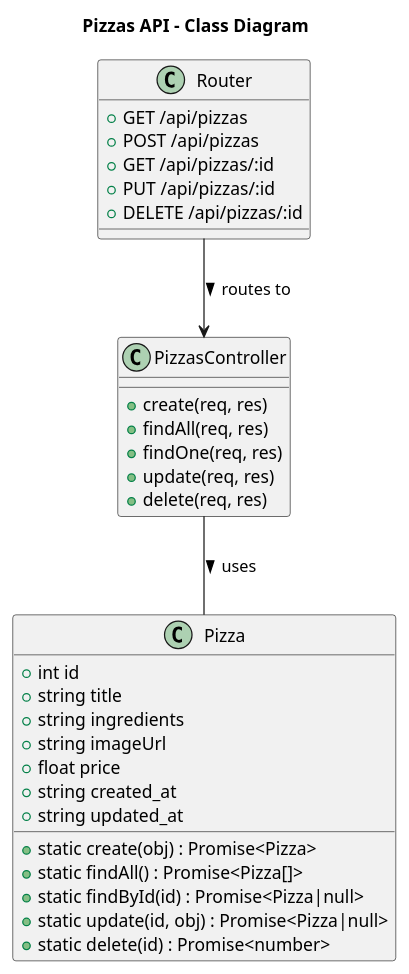
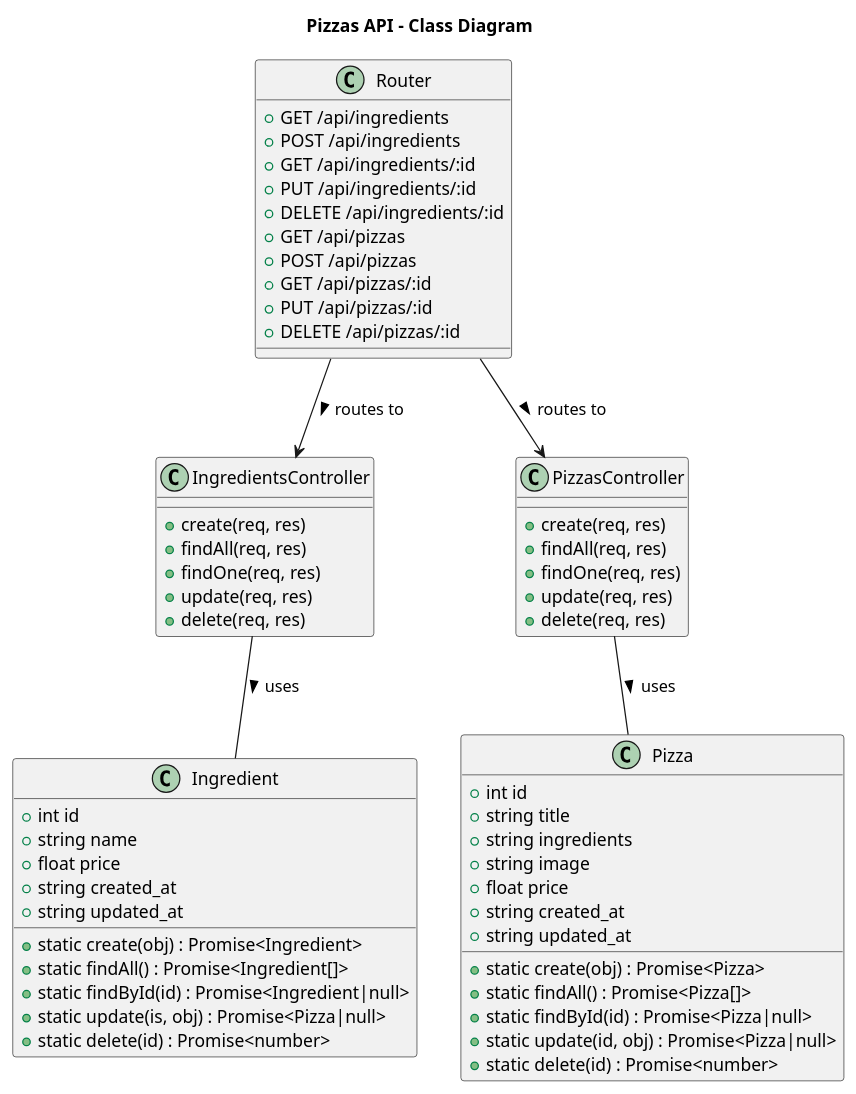
One commit to ThierryPerroud/I321-Perroud-Thierry changed the diagram in docs/class_diagram.puml. Above: the diagram before and after it, drawn with PlantUML. The commit also changed 7 other files, not shown here.

Commit message:
Feat: Fully created the Ingredients resource and adapted README.md

```diff
--- a/docs/class_diagram.puml
+++ b/docs/class_diagram.puml
@@ -1,38 +1,67 @@
 @startuml
 title Pizzas API - Class Diagram
+
+class Ingredient {
+  +int id
+  +string name
+  +float price
+  +string created_at
+  +string updated_at
+  +static create(obj) : Promise<Ingredient>
+  +static findAll() : Promise<Ingredient[]>
+  +static findById(id) : Promise<Ingredient|null>
+  +static update(is, obj) : Promise<Pizza|null>
+  +static delete(id) : Promise<number>
+}
 
 class Pizza {
   +int id
   +string title
   +string ingredients
-  +string imageUrl
+  +string image
   +float price
   +string created_at
   +string updated_at
   +static create(obj) : Promise<Pizza>
   +static findAll() : Promise<Pizza[]>
   +static findById(id) : Promise<Pizza|null>
   +static update(id, obj) : Promise<Pizza|null>
   +static delete(id) : Promise<number>
+}
+
+class IngredientsController {
+  +create(req, res)
+  +findAll(req, res)
+  +findOne(req, res)
+  +update(req, res)
+  +delete(req, res)
 }
 
 class PizzasController {
   +create(req, res)
   +findAll(req, res)
   +findOne(req, res)
   +update(req, res)
   +delete(req, res)
 }
 
 class Router {
+  +GET /api/ingredients
+  +POST /api/ingredients
+  +GET /api/ingredients/:id
+  +PUT /api/ingredients/:id
+  +DELETE /api/ingredients/:id
   +GET /api/pizzas
   +POST /api/pizzas
   +GET /api/pizzas/:id
   +PUT /api/pizzas/:id
   +DELETE /api/pizzas/:id
 }
 
+IngredientsController -- Ingredient : uses >
+Router --> IngredientsController : routes to >
+
 PizzasController -- Pizza : uses >
 Router --> PizzasController : routes to >
 
 @enduml
```
